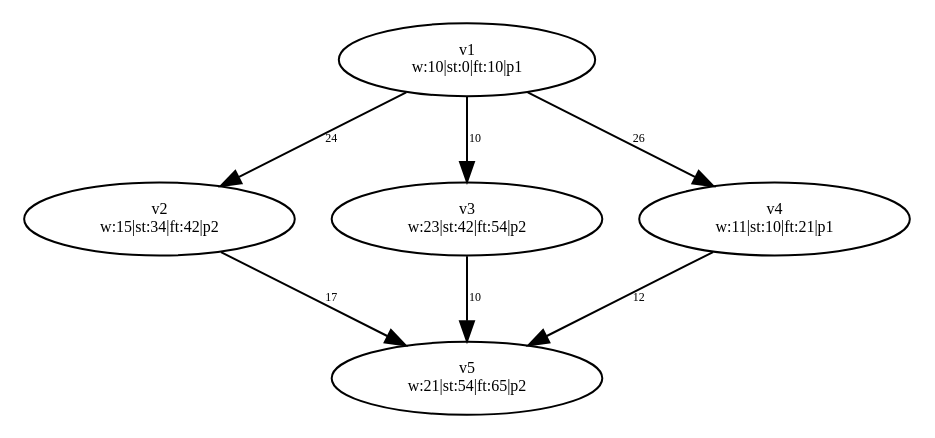
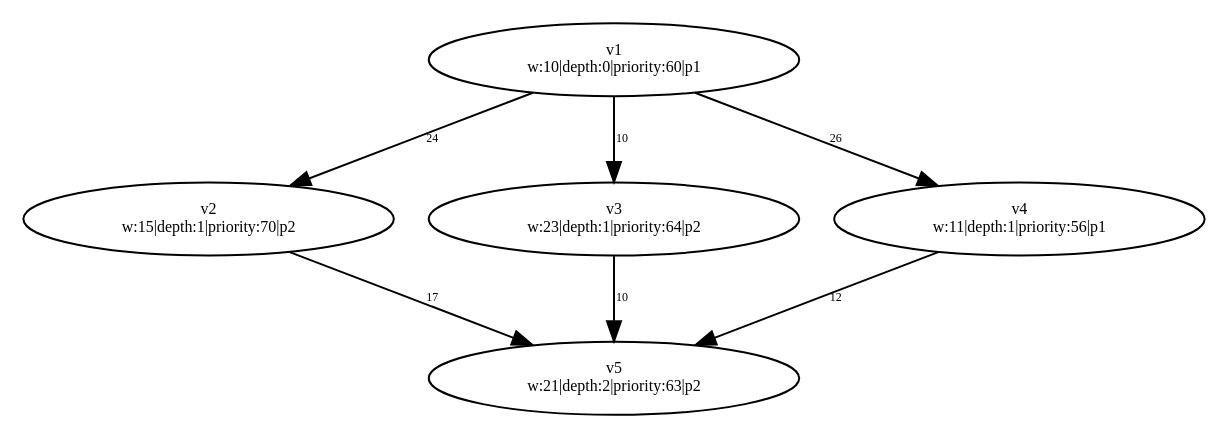
One commit to dexters1/Task-Scheduling-Based-on-Genetic-Algorithms changed the diagram in PythonApplication1/PythonApplication1/test-output/slika_4.gv. Above: the diagram before and after it, drawn with Graphviz. The commit also changed 54 other files, not shown here.

```diff
--- a/PythonApplication1/PythonApplication1/test-output/slika_4.gv
+++ b/PythonApplication1/PythonApplication1/test-output/slika_4.gv
@@ -1,18 +1,18 @@
 digraph {
 	v1 [label="v1
-w:10|st:0|ft:10|p1" fontsize=8.0]
+w:10|depth:0|priority:60|p1" fontsize=8.0]
 	v2 [label="v2
-w:15|st:34|ft:42|p2" fontsize=8.0]
+w:15|depth:1|priority:70|p2" fontsize=8.0]
 	v3 [label="v3
-w:23|st:42|ft:54|p2" fontsize=8.0]
+w:23|depth:1|priority:64|p2" fontsize=8.0]
 	v4 [label="v4
-w:11|st:10|ft:21|p1" fontsize=8.0]
+w:11|depth:1|priority:56|p1" fontsize=8.0]
 	v5 [label="v5
-w:21|st:54|ft:65|p2" fontsize=8.0]
+w:21|depth:2|priority:63|p2" fontsize=8.0]
 	v1 -> v2 [label=24 constraint=true fontsize=6.0]
 	v1 -> v3 [label=10 constraint=true fontsize=6.0]
 	v1 -> v4 [label=26 constraint=true fontsize=6.0]
 	v2 -> v5 [label=17 constraint=true fontsize=6.0]
 	v3 -> v5 [label=10 constraint=true fontsize=6.0]
 	v4 -> v5 [label=12 constraint=true fontsize=6.0]
 }
```
